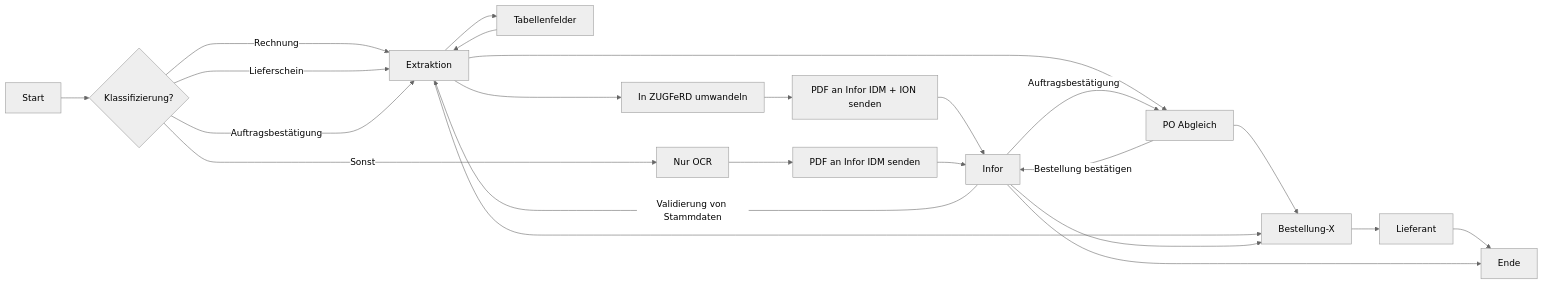
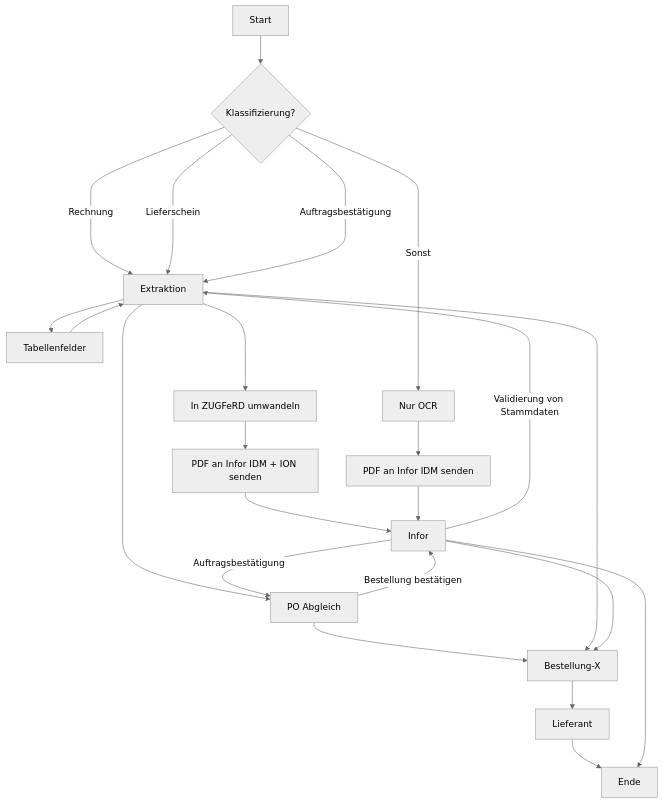
The fourth of 4 diagrams in docs/de/doc2/doc2-with-infor/infor.md (Fellow-Consulting-AG/docapp-docs), drawn with Mermaid (neutral theme) before and after one commit. The commit also changed other lines of this file, not shown here.

````diff
--- a/docs/de/doc2/doc2-with-infor/infor.md
+++ b/docs/de/doc2/doc2-with-infor/infor.md
@@ -67,26 +67,26 @@
 ``` mermaid
-graph LR
+graph TD
   A[Start] --> B{Klassifizierung?};
   B -->|Rechnung| Extraktion[Extraktion];
   B -->|Lieferschein| Extraktion;
   B ---->|Auftragsbestätigung| Extraktion;
   Extraktion -->T[Tabellenfelder];
   T -->Extraktion;
   Extraktion ---> D[In ZUGFeRD umwandeln];
   Extraktion --> PO;
   D --> F[PDF an Infor IDM + ION senden];
   F --> Infor;
   PO --> |Bestellung bestätigen|Infor;
   B -->|Sonst| G[Nur OCR];
   G -->H[PDF an Infor IDM senden];
   H --> Infor[Infor];
   Infor[Infor] --> |Auftragsbestätigung|PO[PO Abgleich];
   Infor[Infor] --> |Validierung von Stammdaten| Extraktion;
   PO --> Bestellung-X[Bestellung-X];
   Extraktion --> Bestellung-X;
   Infor --> Bestellung-X;
   Bestellung-X --> Lieferant[Lieferant];
   Lieferant --> Ende;
   Infor --> Ende;
 
 ```
````
